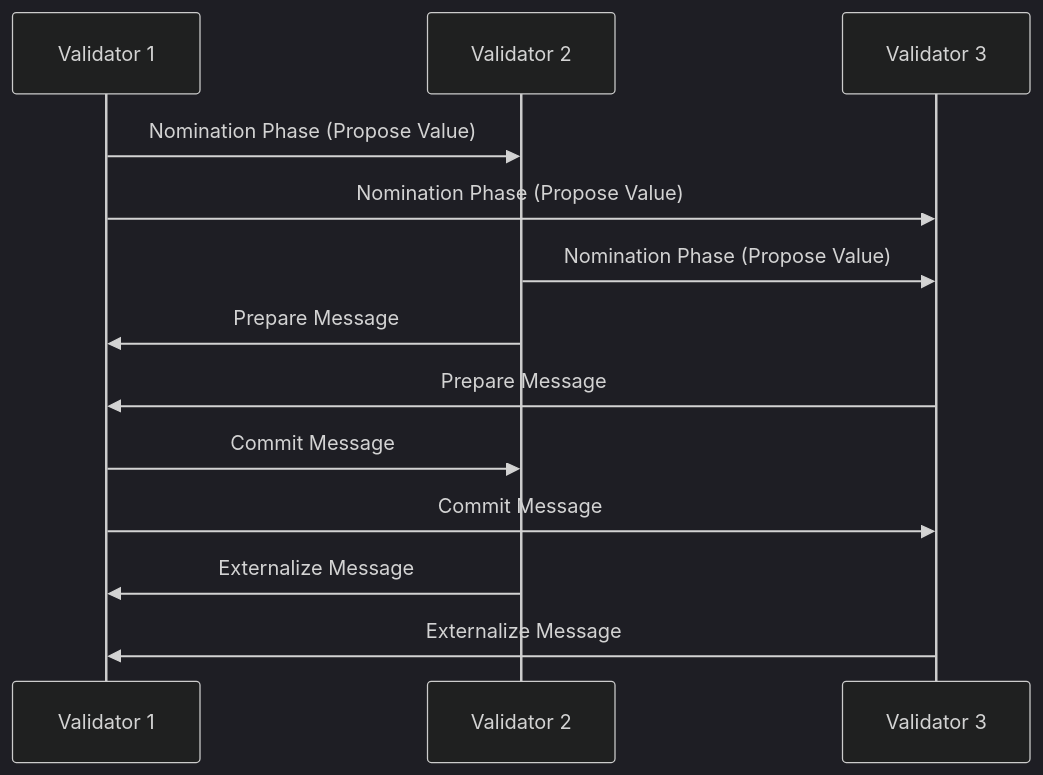
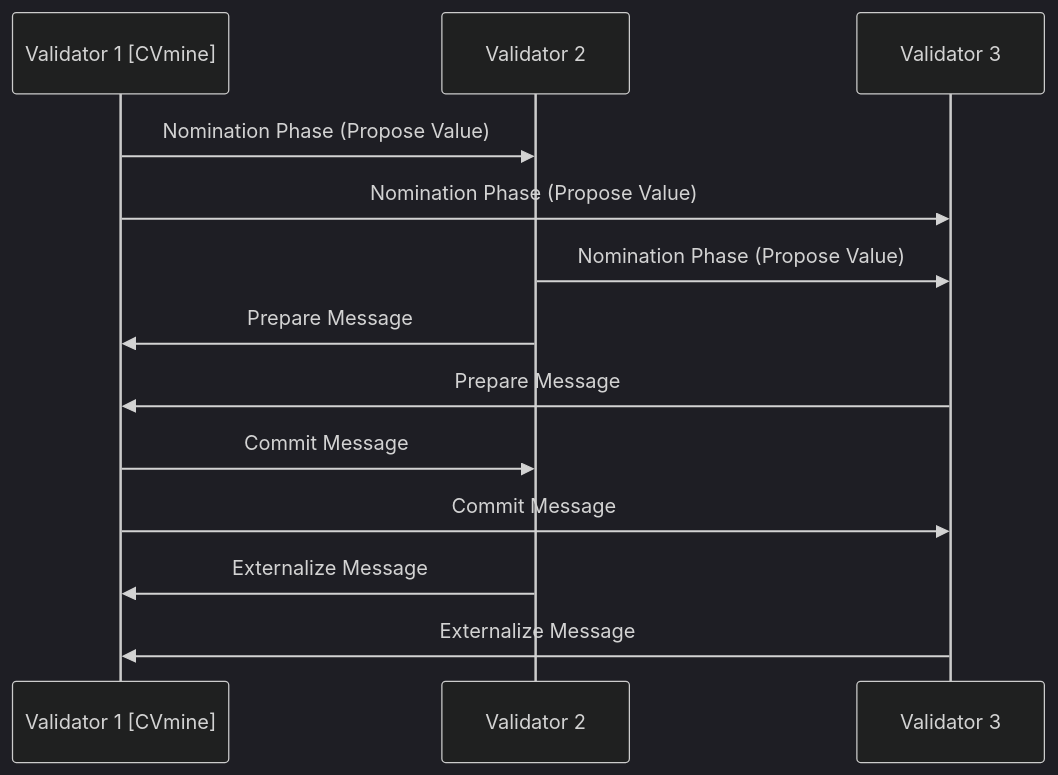
Before and after one commit to karthikhosur/italtoken: the eighth of 17 diagrams in whitepaper.md, drawn with Mermaid (dark theme). The commit also changed other lines of this file, not shown here.

````diff
--- a/whitepaper.md
+++ b/whitepaper.md
@@ -294,19 +294,19 @@
 ```mermaid
 sequenceDiagram
-    participant V1 as Validator 1
+    participant V1 as Validator 1 [CVmine]
     participant V2 as Validator 2
     participant V3 as Validator 3
     
     V1->>V2: Nomination Phase (Propose Value)
     V1->>V3: Nomination Phase (Propose Value)
     V2->>V3: Nomination Phase (Propose Value)
     
     V2->>V1: Prepare Message
     V3->>V1: Prepare Message
     
     V1->>V2: Commit Message
     V1->>V3: Commit Message
     
     V2->>V1: Externalize Message
     V3->>V1: Externalize Message
 ```
````
